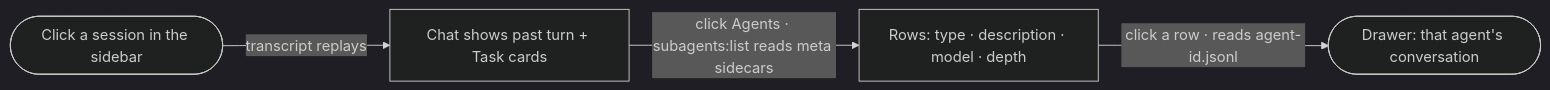
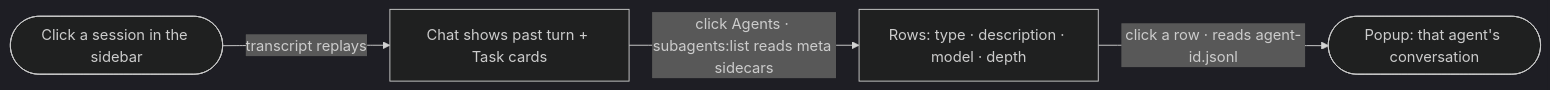
The third of 10 diagrams in .context/happy-path.md (EstarinAzx/claude-wrapper), drawn with Mermaid (dark theme) before and after one commit. The commit also changed other lines of this file and 5 other files, not shown here.

````diff
--- a/.context/happy-path.md
+++ b/.context/happy-path.md
@@ -46,6 +46,6 @@
 ```mermaid
 flowchart LR
   pick([Click a session in the sidebar]) -->|transcript replays| replay[Chat shows past turn + Task cards]
   replay -->|click Agents · subagents:list reads meta sidecars| hydrated[Rows: type · description · model · depth]
-  hydrated -->|click a row · reads agent-id.jsonl| drawer([Drawer: that agent's conversation])
+  hydrated -->|click a row · reads agent-id.jsonl| drawer([Popup: that agent's conversation])
 ```
````
